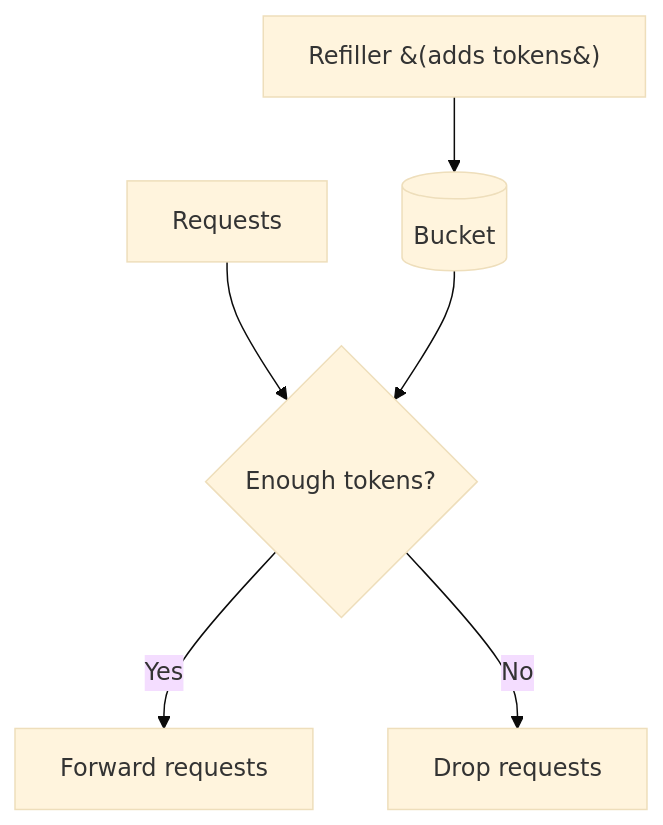
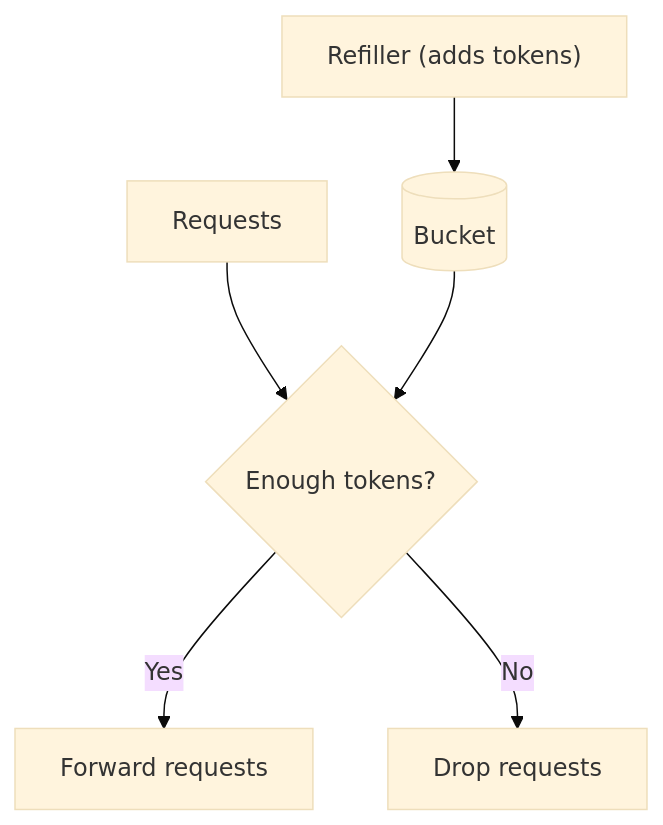
One commit to NalinDalal/system-design changed the first of 8 diagrams in 2.RateLimiter.md. Above: the diagram before and after it, drawn with Mermaid (base theme). The commit also changed other lines of this file and 2 other files, not shown here.

````diff
--- a/2.RateLimiter.md
+++ b/2.RateLimiter.md
@@ -75,10 +65,9 @@
 ```mermaid
 flowchart TD
-
-    R[Requests] --> C{Enough tokens?}
-    Refill[Refiller &#40;adds tokens&#41;] --> Bucket[(Bucket)]
+    R["Requests"] --> C{"Enough tokens?"}
+    Refill["Refiller (adds tokens)"] --> Bucket[("Bucket")]
     Bucket --> C
 
-    C -->|Yes| F[Forward requests]
-    C -->|No| D[Drop requests]
+    C -->|Yes| F["Forward requests"]
+    C -->|No| D["Drop requests"]
 ```
````
